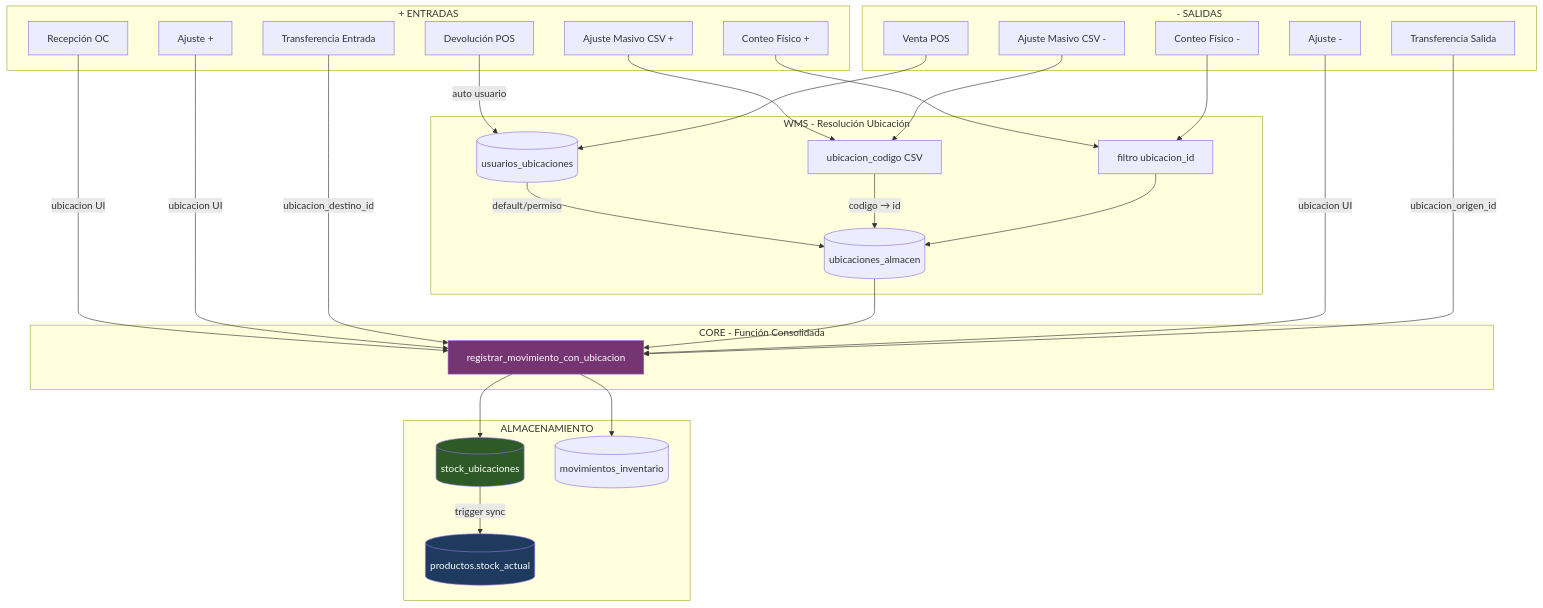
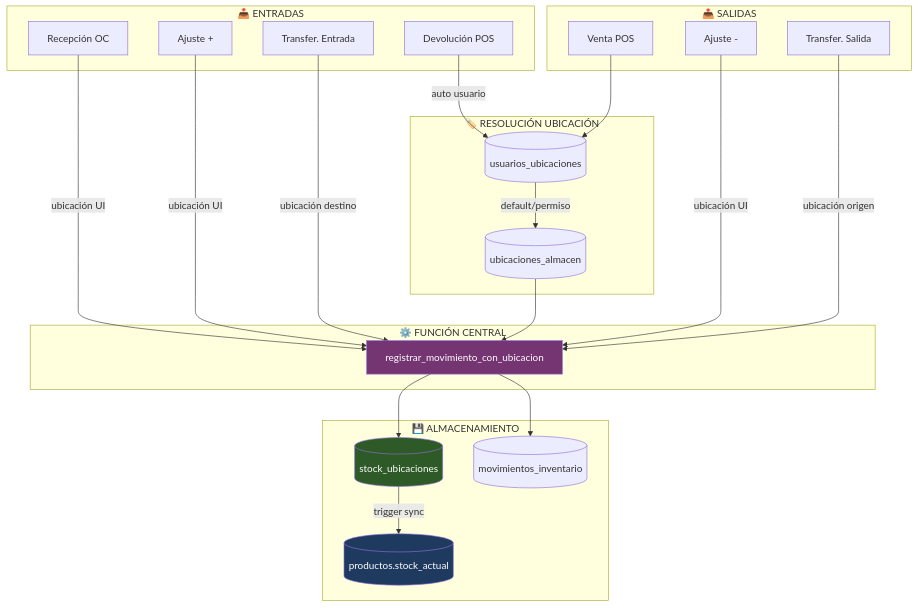
Before and after one commit to KikeTorillo/n8nAutomatizaciones: the diagram in docs/MODULO_INVENTARIO_CONSOLIDACION_STOCK.md, drawn with Mermaid. The commit also changed other lines of this file and 2 other files, not shown here.

````diff
--- a/docs/MODULO_INVENTARIO_CONSOLIDACION_STOCK.md
+++ b/docs/MODULO_INVENTARIO_CONSOLIDACION_STOCK.md
@@ -9,70 +9,52 @@
 ```mermaid
 flowchart TB
-    subgraph ENTRADAS["+ ENTRADAS"]
+    subgraph ENTRADAS["📥 ENTRADAS"]
         OC[Recepción OC]
         DEV[Devolución POS]
         AJE[Ajuste +]
-        TRE[Transferencia Entrada]
-        CSV_E[Ajuste Masivo CSV +]
-        CNT_E[Conteo Físico +]
+        TRE[Transfer. Entrada]
     end
 
-    subgraph SALIDAS["- SALIDAS"]
+    subgraph SALIDAS["📤 SALIDAS"]
         VTA[Venta POS]
         AJS[Ajuste -]
-        TRS[Transferencia Salida]
-        CSV_S[Ajuste Masivo CSV -]
-        CNT_S[Conteo Físico -]
+        TRS[Transfer. Salida]
     end
 
-    subgraph WMS["WMS - Resolución Ubicación"]
+    subgraph WMS["🏷️ RESOLUCIÓN UBICACIÓN"]
         UU[(usuarios_ubicaciones)]
         UA[(ubicaciones_almacen)]
-        CSV_U[ubicacion_codigo CSV]
-        CNT_U[filtro ubicacion_id]
     end
 
-    subgraph CORE["CORE - Función Consolidada"]
+    subgraph CORE["⚙️ FUNCIÓN CENTRAL"]
         FN[registrar_movimiento_con_ubicacion]
     end
 
-    subgraph STORAGE["ALMACENAMIENTO"]
+    subgraph STORAGE["💾 ALMACENAMIENTO"]
         SU[(stock_ubicaciones)]
         MI[(movimientos_inventario)]
         SP[(productos.stock_actual)]
     end
 
-    %% Entradas directas
-    OC -->|ubicacion UI| FN
+    %% Entradas
+    OC -->|ubicación UI| FN
     DEV -->|auto usuario| UU
-    AJE -->|ubicacion UI| FN
-    TRE -->|ubicacion_destino_id| FN
+    AJE -->|ubicación UI| FN
+    TRE -->|ubicación destino| FN
 
     %% Salidas con resolución
     VTA --> UU
     UU -->|default/permiso| UA
     UA --> FN
+    AJS -->|ubicación UI| FN
+    TRS -->|ubicación origen| FN
 
-    AJS -->|ubicacion UI| FN
-    TRS -->|ubicacion_origen_id| FN
-
-    %% Ajustes Masivos CSV
-    CSV_E --> CSV_U
-    CSV_S --> CSV_U
-    CSV_U -->|codigo → id| UA
-
-    %% Conteos Físicos
-    CNT_E --> CNT_U
-    CNT_S --> CNT_U
-    CNT_U --> UA
-
-    %% Core a Storage
+    %% Storage
     FN --> SU
     FN --> MI
     SU -->|trigger sync| SP
 
-    %% Estilos
     style FN fill:#753572,color:#fff
     style SU fill:#2d5a27,color:#fff
     style SP fill:#1e3a5f,color:#fff
 ```
````
